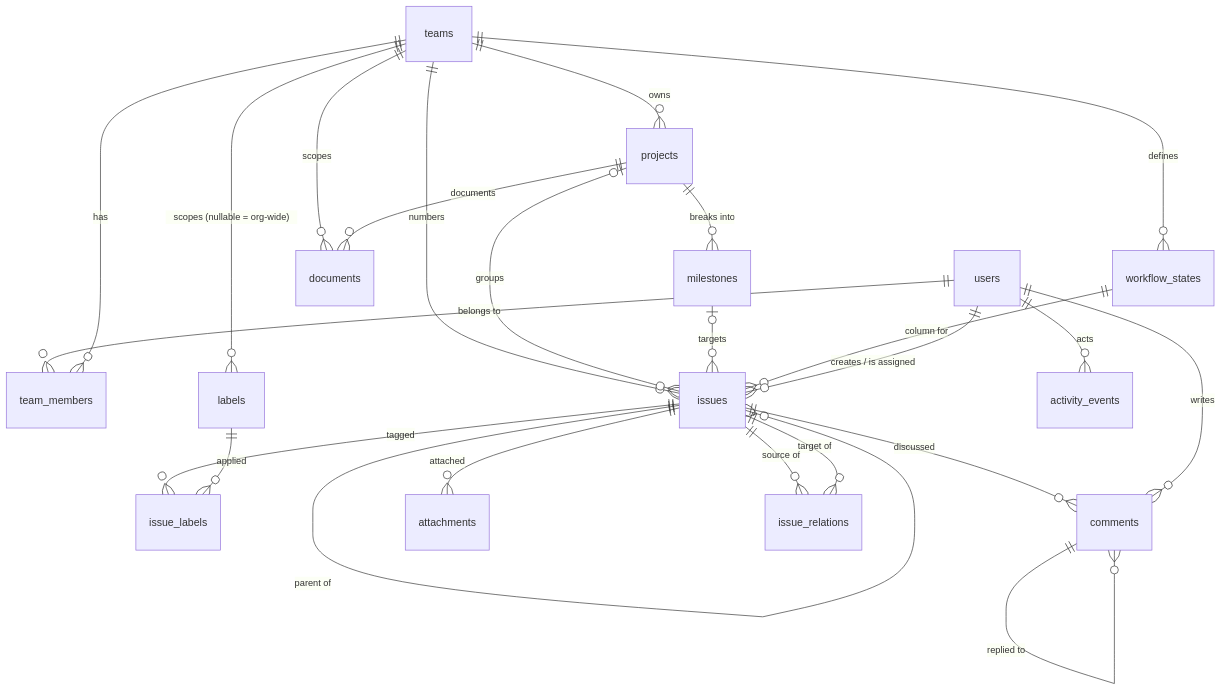
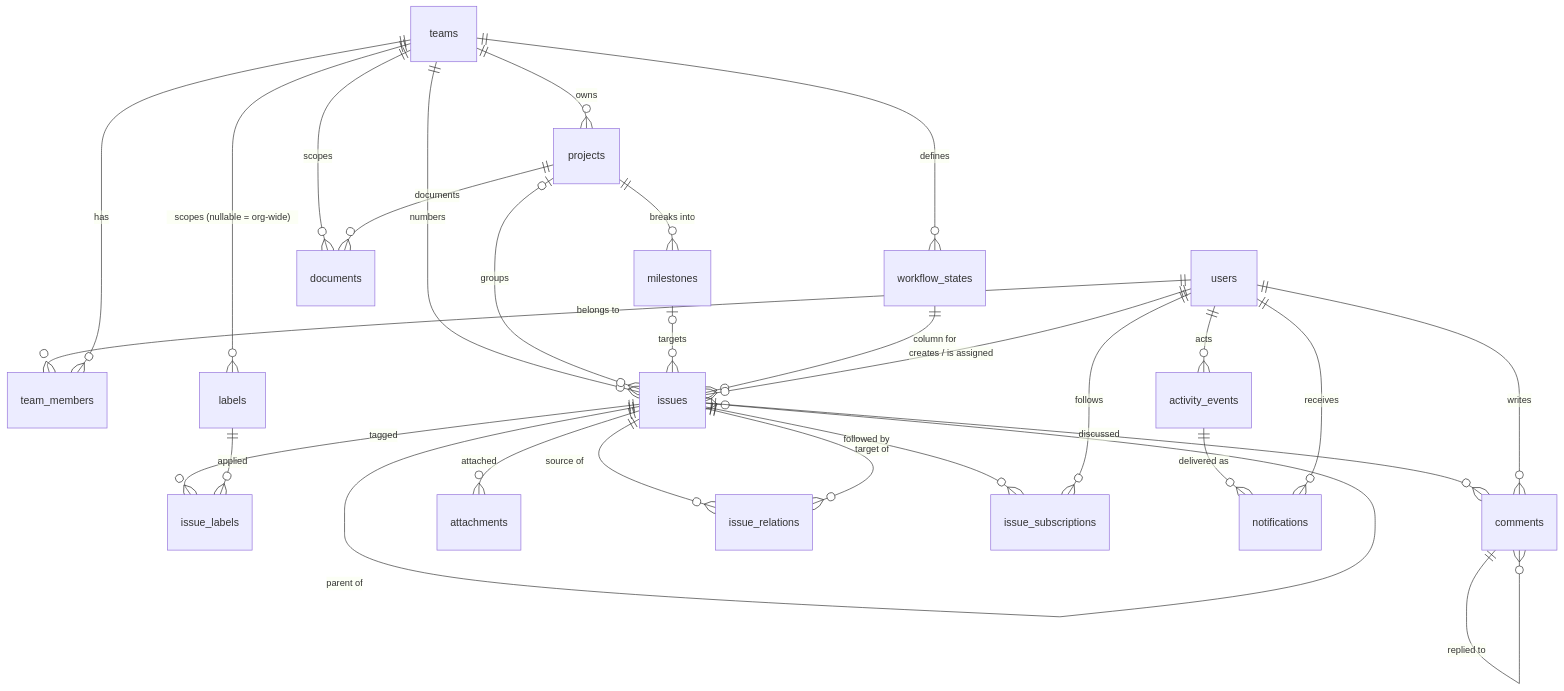
One commit to rvlieshout/planner changed the diagram in docs/database.md. Above: the diagram before and after it, drawn with Mermaid. The commit also changed other lines of this file and 44 other files, not shown here.

Commit message:
Add inbox, notifications and activity feed

````diff
--- a/docs/database.md
+++ b/docs/database.md
@@ -21,29 +21,33 @@
 ```mermaid
 erDiagram
     users ||--o{ team_members : "belongs to"
     teams ||--o{ team_members : has
     teams ||--o{ workflow_states : defines
     teams ||--o{ labels : "scopes (nullable = org-wide)"
     teams ||--o{ projects : owns
     teams ||--o{ issues : numbers
     teams ||--o{ documents : scopes
 
     projects ||--o{ milestones : "breaks into"
     projects ||--o{ documents : documents
     projects |o--o{ issues : groups
     milestones |o--o{ issues : targets
 
     workflow_states ||--o{ issues : "column for"
     issues ||--o{ issues : "parent of"
     issues ||--o{ issue_labels : tagged
     labels ||--o{ issue_labels : applied
     issues ||--o{ comments : discussed
     comments ||--o{ comments : "replied to"
     issues ||--o{ attachments : attached
     issues ||--o{ issue_relations : "source of"
     issues ||--o{ issue_relations : "target of"
 
     users ||--o{ issues : "creates / is assigned"
     users ||--o{ comments : writes
     users ||--o{ activity_events : acts
+    issues ||--o{ issue_subscriptions : "followed by"
+    users ||--o{ issue_subscriptions : follows
+    activity_events ||--o{ notifications : "delivered as"
+    users ||--o{ notifications : receives
 ```
````
